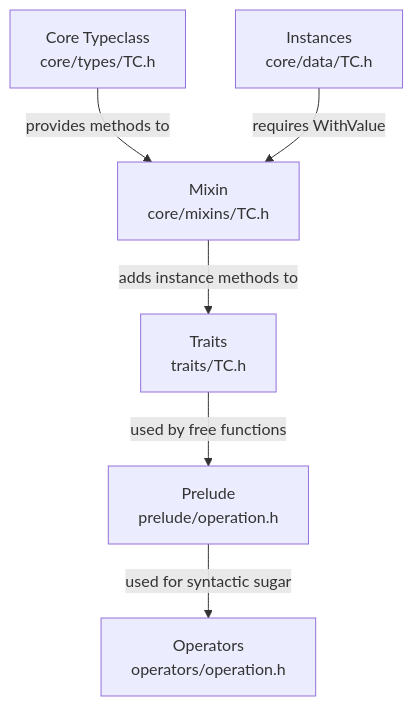
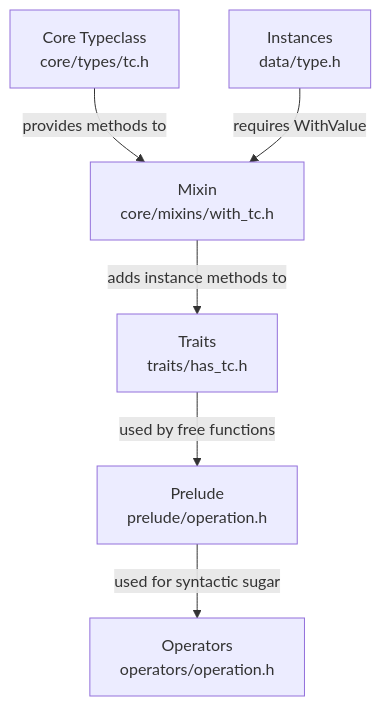
One commit to mtavkhelidze/fp-plus-plus changed the first of 2 diagrams in readme.md. Above: the diagram before and after it, drawn with Mermaid. The commit also changed other lines of this file and 22 other files, not shown here.

````diff
--- a/readme.md
+++ b/readme.md
@@ -40,14 +42,14 @@
 ```mermaid
 flowchart TD
-    Core[Core Typeclass<br/>core/types/TC.h]
-    Data[Instances<br/>core/data/TC.h]
-    Mixin[Mixin<br/>core/mixins/TC.h]
-    Traits[Traits<br/>traits/TC.h]
+    Core[Core Typeclass<br/>core/types/tc.h]
+    Data[Instances<br/>data/type.h]
+    Mixin[Mixin<br/>core/mixins/with_tc.h]
+    Traits[Traits<br/>traits/has_tc.h]
     Prelude[Prelude<br/>prelude/operation.h]
     Operators[Operators<br/>operators/operation.h]
     Core -->|provides methods to| Mixin
     Mixin -->|adds instance methods to| Traits
     Traits -->|used by free functions| Prelude
     Prelude -->|used for syntactic sugar| Operators
     Data -->|requires WithValue| Mixin
 ```
````
